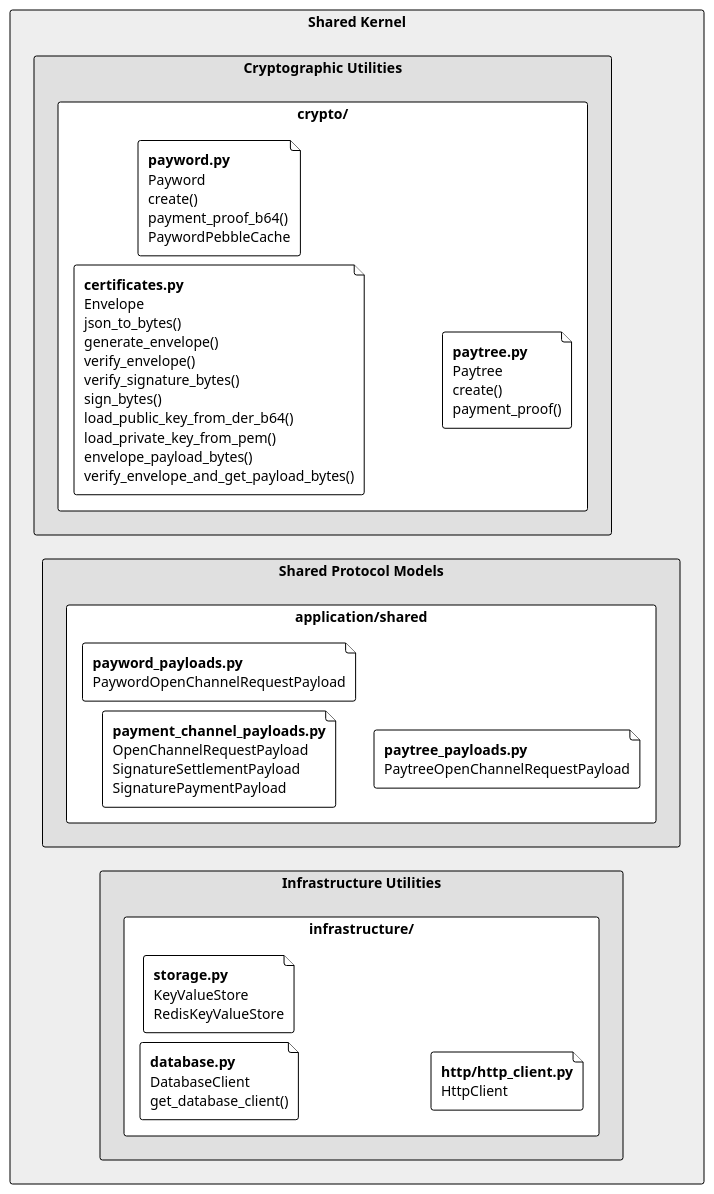
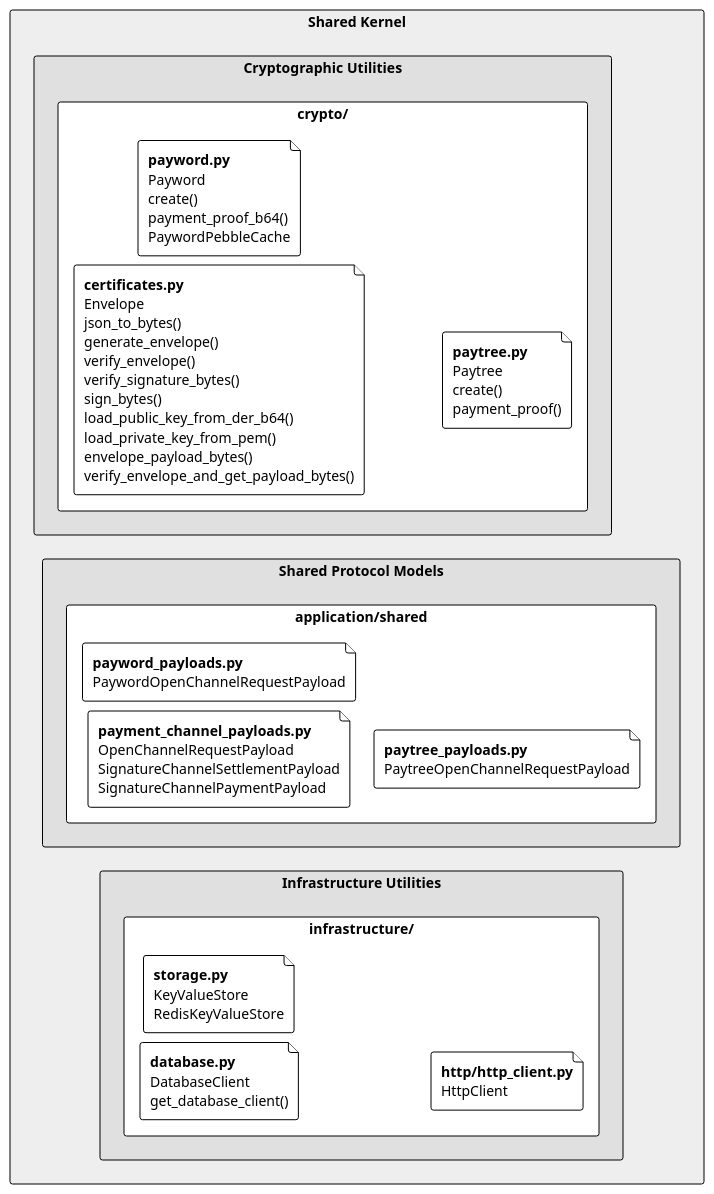
One commit to otaviootavio/nanomoni changed the diagram in umls/core.puml. Above: the diagram before and after it, drawn with PlantUML. The commit also changed 10 other files, not shown here.

```diff
--- a/umls/core.puml
+++ b/umls/core.puml
@@ -1,43 +1,43 @@
 @startuml Shared_Kernel_Compact
 
 !theme plain
 left to right direction
 skinparam backgroundColor white
 skinparam componentStyle rectangle
 skinparam padding 0
 skinparam BoxPadding 2
 skinparam RectanglePadding 3
 skinparam RectangleBorderThickness 1
 skinparam Shadowing false
 skinparam Nodesep 10
 skinparam Ranksep 10
 
 rectangle "Shared Kernel" #EEEEEE {
     rectangle "Cryptographic Utilities" as crypto #E0E0E0 {
         rectangle "crypto/" {
             file "**certificates.py**\nEnvelope\njson_to_bytes()\ngenerate_envelope()\nverify_envelope()\nverify_signature_bytes()\nsign_bytes()\nload_public_key_from_der_b64()\nload_private_key_from_pem()\nenvelope_payload_bytes()\nverify_envelope_and_get_payload_bytes()"
             file "**payword.py**\nPayword\ncreate()\npayment_proof_b64()\nPaywordPebbleCache"
             file "**paytree.py**\nPaytree\ncreate()\npayment_proof()"
         }
     }
 
     rectangle "Shared Protocol Models" as proto #E0E0E0 {
         rectangle "application/shared" {
-            file "**payment_channel_payloads.py**\nOpenChannelRequestPayload\nSignatureSettlementPayload\nSignaturePaymentPayload"
+            file "**payment_channel_payloads.py**\nOpenChannelRequestPayload\nSignatureChannelSettlementPayload\nSignatureChannelPaymentPayload"
             file "**payword_payloads.py**\nPaywordOpenChannelRequestPayload"
             file "**paytree_payloads.py**\nPaytreeOpenChannelRequestPayload"
         }
     }
     
     rectangle "Infrastructure Utilities" as infra #E0E0E0 {
         rectangle "infrastructure/" {
             file "**database.py**\nDatabaseClient\nget_database_client()"
             file "**storage.py**\nKeyValueStore\nRedisKeyValueStore"
             file "**http/http_client.py**\nHttpClient"
         }
     }
     
     
 }
 
 @enduml
```
